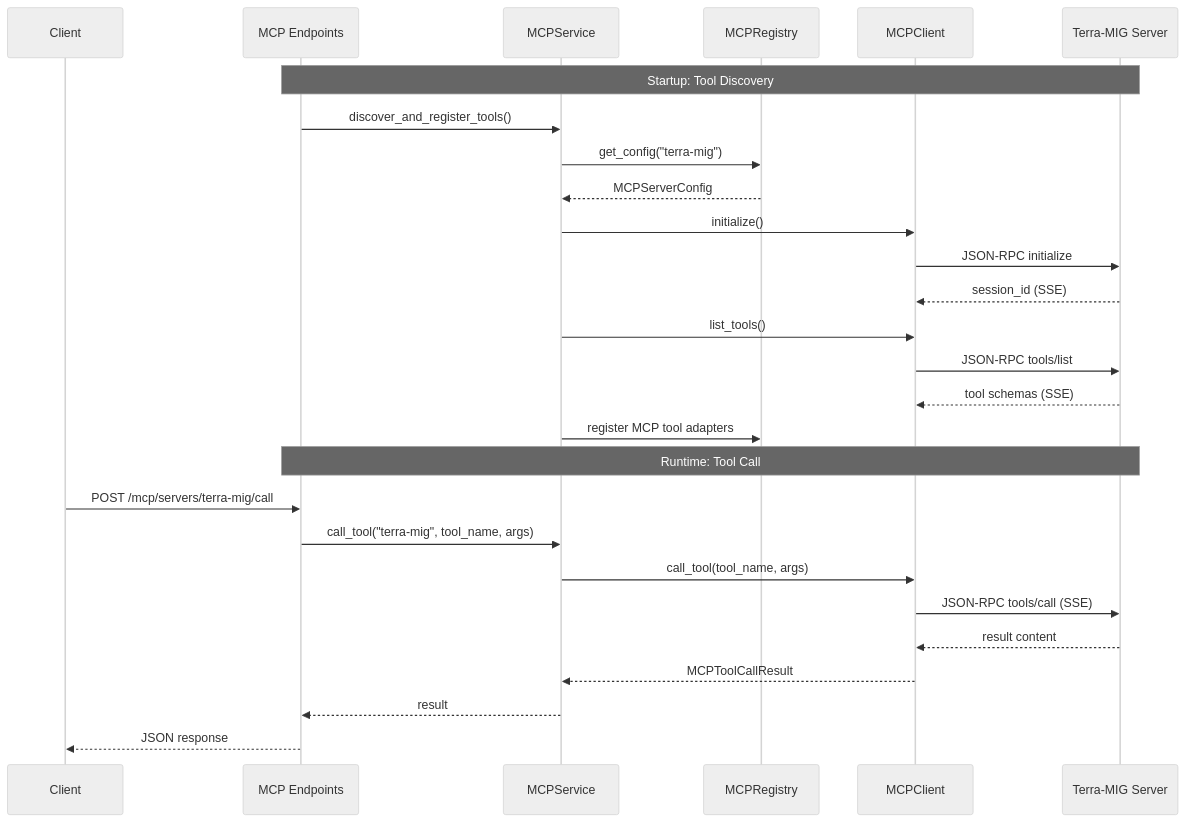
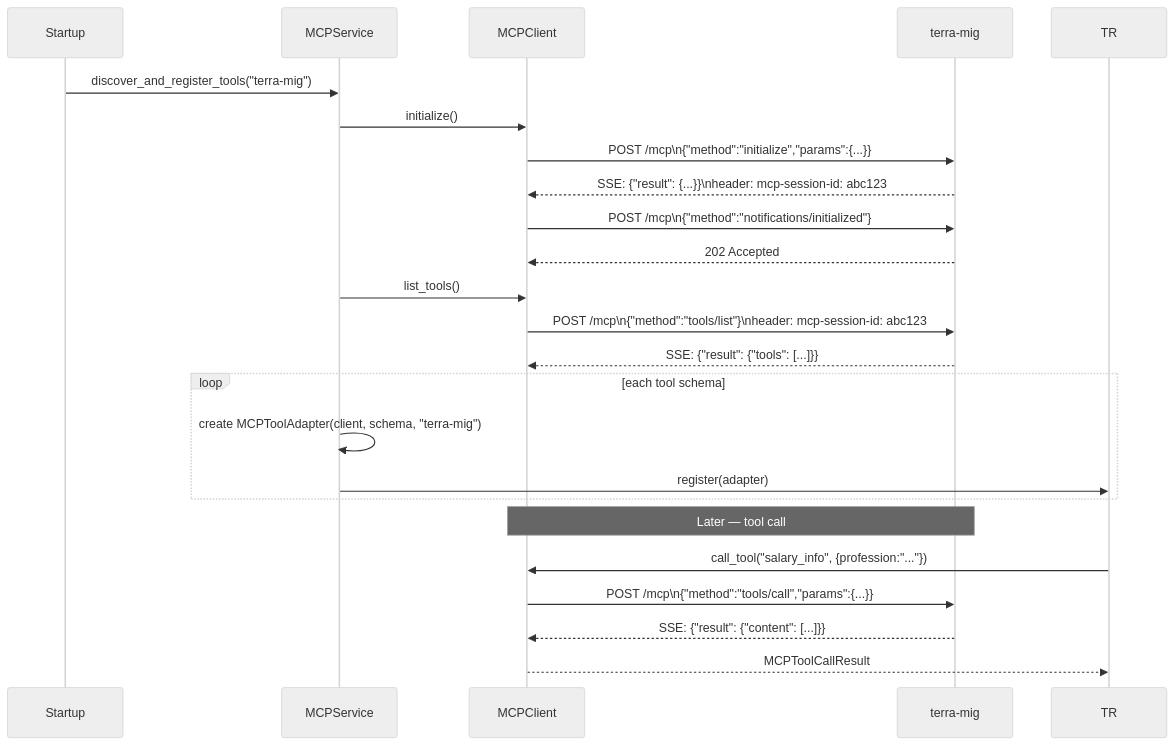
One commit to terra-AI4Good/terra-backend changed the sixth of 9 diagrams in docs/architecture.md. Above: the diagram before and after it, drawn with Mermaid (neutral theme). The commit also changed other lines of this file and 7 other files, not shown here.

````diff
--- a/docs/architecture.md
+++ b/docs/architecture.md
@@ -248,31 +226,27 @@
 ```mermaid
 sequenceDiagram
-    participant C as Client
-    participant EP as MCP Endpoints
-    participant Svc as MCPService
-    participant Reg as MCPRegistry
+    participant Startup
+    participant MCPSvc as MCPService
     participant Client as MCPClient
-    participant Server as Terra-MIG Server
+    participant Server as terra-mig
 
-    Note over EP,Server: Startup: Tool Discovery
-    EP->>Svc: discover_and_register_tools()
-    Svc->>Reg: get_config("terra-mig")
-    Reg-->>Svc: MCPServerConfig
-    Svc->>Client: initialize()
-    Client->>Server: JSON-RPC initialize
-    Server-->>Client: session_id (SSE)
-    Svc->>Client: list_tools()
-    Client->>Server: JSON-RPC tools/list
-    Server-->>Client: tool schemas (SSE)
-    Svc->>Reg: register MCP tool adapters
+    Startup->>MCPSvc: discover_and_register_tools("terra-mig")
+    MCPSvc->>Client: initialize()
+    Client->>Server: POST /mcp\n{"method":"initialize","params":{...}}
+    Server-->>Client: SSE: {"result": {...}}\nheader: mcp-session-id: abc123
+    Client->>Server: POST /mcp\n{"method":"notifications/initialized"}
+    Server-->>Client: 202 Accepted
+    MCPSvc->>Client: list_tools()
+    Client->>Server: POST /mcp\n{"method":"tools/list"}\nheader: mcp-session-id: abc123
+    Server-->>Client: SSE: {"result": {"tools": [...]}}
+    loop each tool schema
+        MCPSvc->>MCPSvc: create MCPToolAdapter(client, schema, "terra-mig")
+        MCPSvc->>TR: register(adapter)
+    end
 
-    Note over EP,Server: Runtime: Tool Call
-    C->>EP: POST /mcp/servers/terra-mig/call
-    EP->>Svc: call_tool("terra-mig", tool_name, args)
-    Svc->>Client: call_tool(tool_name, args)
-    Client->>Server: JSON-RPC tools/call (SSE)
-    Server-->>Client: result content
-    Client-->>Svc: MCPToolCallResult
-    Svc-->>EP: result
-    EP-->>C: JSON response
+    Note over Client,Server: Later — tool call
+    TR->>Client: call_tool("salary_info", {profession:"..."})
+    Client->>Server: POST /mcp\n{"method":"tools/call","params":{...}}
+    Server-->>Client: SSE: {"result": {"content": [...]}}
+    Client-->>TR: MCPToolCallResult
 ```
````
